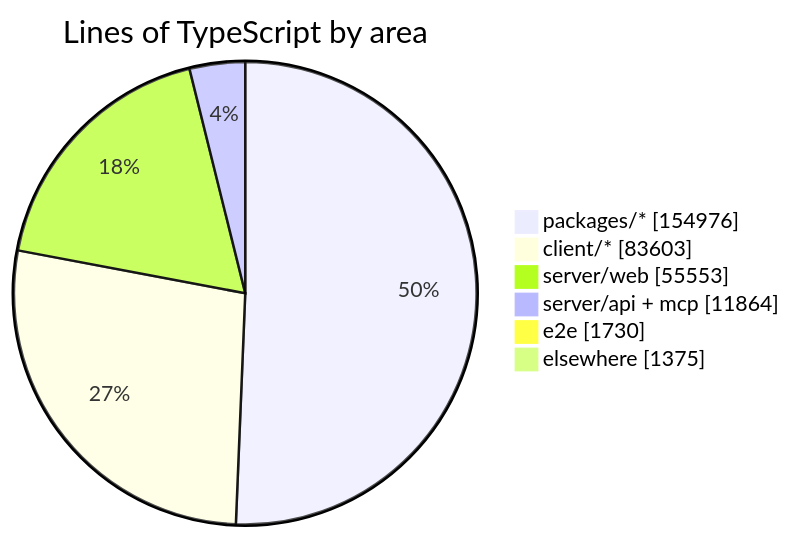
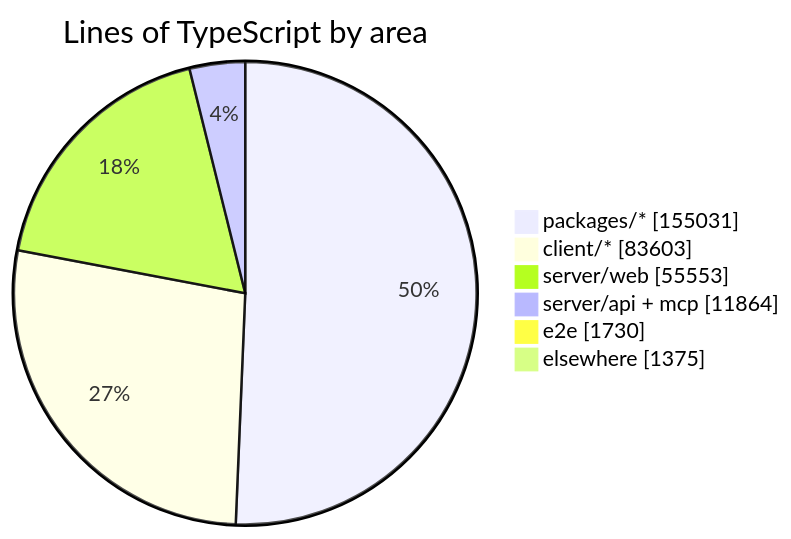
Before and after one commit to crossworks-engineering/mantle: the diagram in README.md, drawn with Mermaid. The commit also changed other lines of this file and 4 other files, not shown here.

````diff
--- a/README.md
+++ b/README.md
@@ -279,9 +279,9 @@
 ```mermaid
 pie showData title Lines of TypeScript by area
-    "packages/*" : 154976
+    "packages/*" : 155031
     "client/*" : 83603
     "server/web" : 55553
     "server/api + mcp" : 11864
     "e2e" : 1730
     "elsewhere" : 1375
 ```
````
